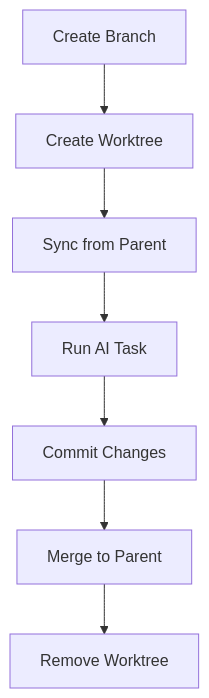
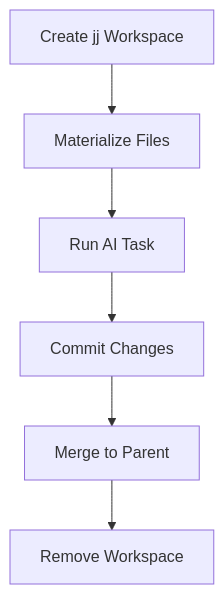
One commit to pennyworth-tech/agent-arborist changed the diagram in docs/manual/02-core-concepts/03-git-and-worktrees.md. Above: the diagram before and after it, drawn with Mermaid. The commit also changed other lines of this file and 17 other files, not shown here.

````diff
--- a/docs/manual/02-core-concepts/03-git-and-worktrees.md
+++ b/docs/manual/02-core-concepts/03-git-and-worktrees.md
@@ -28,9 +31,8 @@
 ```mermaid
 graph TB
-    A[Create Branch] --> B[Create Worktree]
-    B --> C[Sync from Parent]
-    C --> D[Run AI Task]
-    D --> E[Commit Changes]
-    E --> F[Merge to Parent]
-    F --> G[Remove Worktree]
+    A[Create jj Workspace] --> B[Materialize Files]
+    B --> C[Run AI Task]
+    C --> D[Commit Changes]
+    D --> E[Merge to Parent]
+    E --> F[Remove Workspace]
 ```
````
